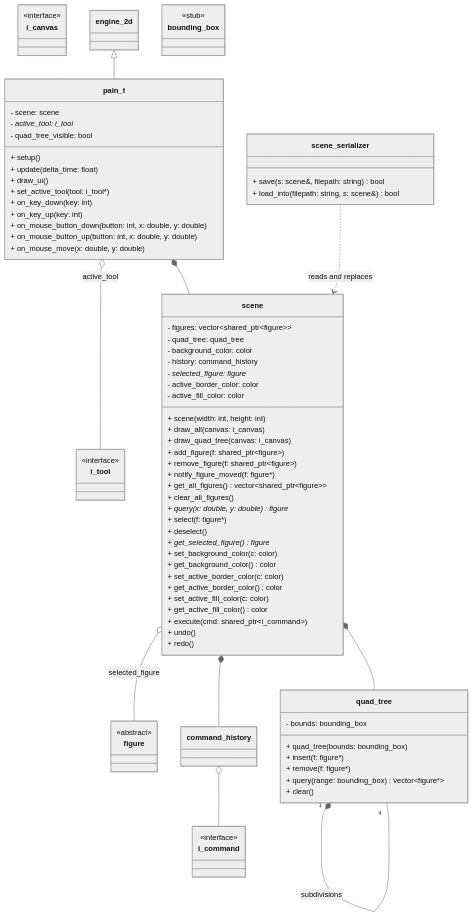
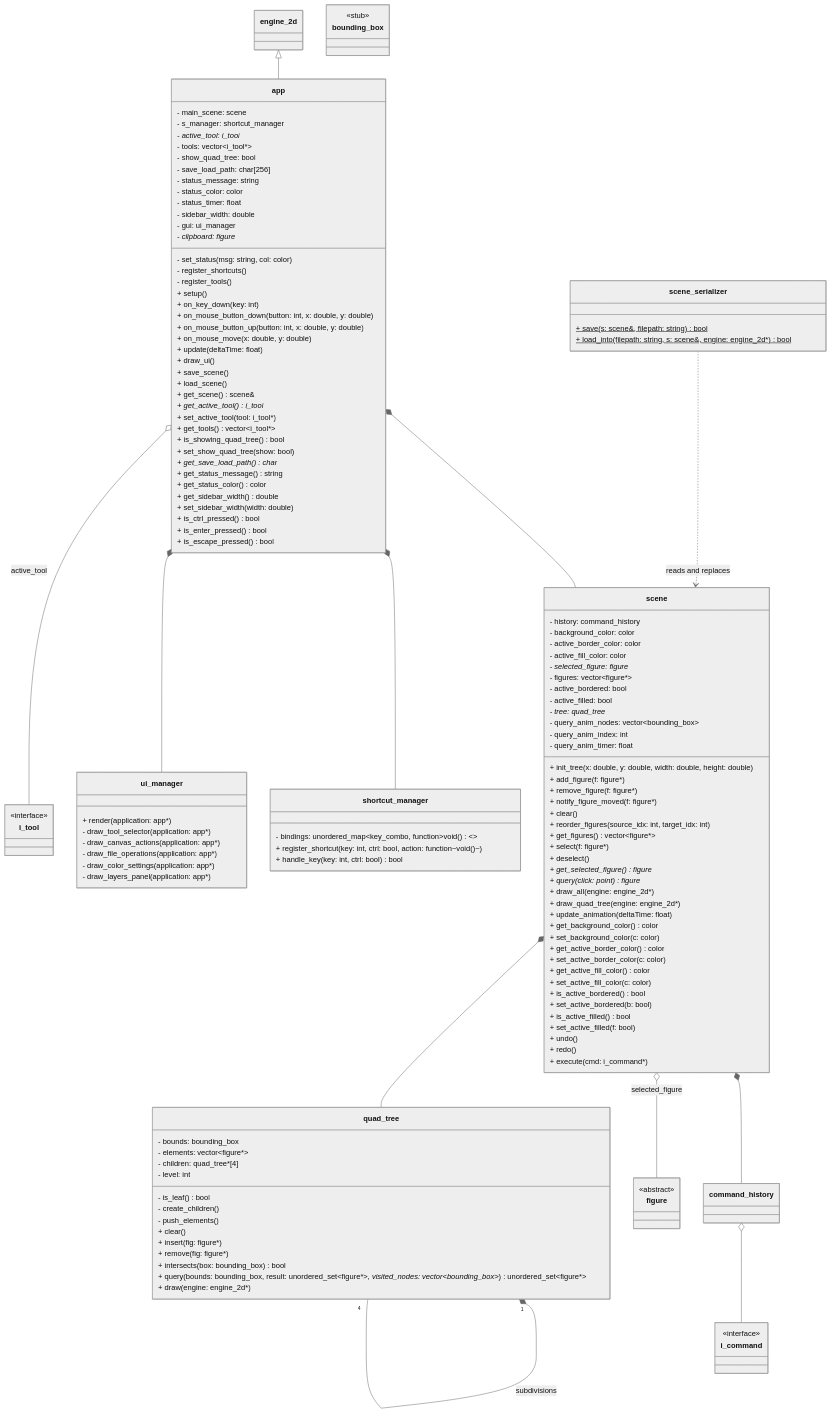
Before and after one commit to MiguelCiav/pain_t: the diagram in diagrams/scene.md, drawn with Mermaid (neutral theme). The commit also changed other lines of this file and 16 other files, not shown here.

Commit message:
chore: consolidate project architecture and release v1.0.0

```diff
--- a/diagrams/scene.md
+++ b/diagrams/scene.md
@@ -10,76 +10,136 @@
     class i_command { <<interface>> }
     class command_history
     class i_tool { <<interface>> }
-    class i_canvas { <<interface>> }
     class engine_2d
     class bounding_box { <<stub>> }
 
     class quad_tree {
         - bounds: bounding_box
-        + quad_tree(bounds: bounding_box)
-        + insert(f: figure*)
-        + remove(f: figure*)
-        + query(range: bounding_box) vector~figure*~
+        - elements: vector~figure*~
+        - children: quad_tree*[4]
+        - level: int
+        - is_leaf() bool
+        - create_children()
+        - push_elements()
         + clear()
+        + insert(fig: figure*)
+        + remove(fig: figure*)
+        + intersects(box: bounding_box) bool
+        + query(bounds: bounding_box, result: unordered_set~figure*~*, visited_nodes: vector~bounding_box~*) unordered_set~figure*~
+        + draw(engine: engine_2d*)
     }
 
     class scene {
-        - figures: vector~shared_ptr~figure~~
-        - quad_tree: quad_tree
+        - history: command_history
         - background_color: color
-        - history: command_history
-        - selected_figure: figure*
         - active_border_color: color
         - active_fill_color: color
-        + scene(width: int, height: int)
-        + draw_all(canvas: i_canvas)
-        + draw_quad_tree(canvas: i_canvas)
-        + add_figure(f: shared_ptr~figure~)
-        + remove_figure(f: shared_ptr~figure~)
+        - selected_figure: figure*
+        - figures: vector~figure*~
+        - active_bordered: bool
+        - active_filled: bool
+        - tree: quad_tree*
+        - query_anim_nodes: vector~bounding_box~
+        - query_anim_index: int
+        - query_anim_timer: float
+        + init_tree(x: double, y: double, width: double, height: double)
+        + add_figure(f: figure*)
+        + remove_figure(f: figure*)
         + notify_figure_moved(f: figure*)
-        + get_all_figures() vector~shared_ptr~figure~~
-        + clear_all_figures()
-        + query(x: double, y: double) figure*
+        + clear()
+        + reorder_figures(source_idx: int, target_idx: int)
+        + get_figures() vector~figure*~
         + select(f: figure*)
         + deselect()
         + get_selected_figure() figure*
+        + query(click: point) figure*
+        + draw_all(engine: engine_2d*)
+        + draw_quad_tree(engine: engine_2d*)
+        + update_animation(deltaTime: float)
+        + get_background_color() color
         + set_background_color(c: color)
-        + get_background_color() color
+        + get_active_border_color() color
         + set_active_border_color(c: color)
-        + get_active_border_color() color
+        + get_active_fill_color() color
         + set_active_fill_color(c: color)
-        + get_active_fill_color() color
-        + execute(cmd: shared_ptr~i_command~)
+        + is_active_bordered() bool
+        + set_active_bordered(b: bool)
+        + is_active_filled() bool
+        + set_active_filled(f: bool)
         + undo()
         + redo()
+        + execute(cmd: i_command*)
     }
 
-    class pain_t {
-        - scene: scene
+    class ui_manager {
+        + render(application: app*)
+        - draw_tool_selector(application: app*)
+        - draw_canvas_actions(application: app*)
+        - draw_file_operations(application: app*)
+        - draw_color_settings(application: app*)
+        - draw_layers_panel(application: app*)
+    }
+
+    class shortcut_manager {
+        - bindings: unordered_map~key_combo, function~void()~~
+        + register_shortcut(key: int, ctrl: bool, action: function~void()~)
+        + handle_key(key: int, ctrl: bool) bool
+    }
+
+    class app {
+        - main_scene: scene
+        - s_manager: shortcut_manager
         - active_tool: i_tool*
-        - quad_tree_visible: bool
+        - tools: vector~i_tool*~
+        - show_quad_tree: bool
+        - save_load_path: char[256]
+        - status_message: string
+        - status_color: color
+        - status_timer: float
+        - sidebar_width: double
+        - gui: ui_manager
+        - clipboard: figure*
+        - set_status(msg: string, col: color)
+        - register_shortcuts()
+        - register_tools()
         + setup()
-        + update(delta_time: float)
-        + draw_ui()
-        + set_active_tool(tool: i_tool*)
         + on_key_down(key: int)
-        + on_key_up(key: int)
         + on_mouse_button_down(button: int, x: double, y: double)
         + on_mouse_button_up(button: int, x: double, y: double)
         + on_mouse_move(x: double, y: double)
+        + update(deltaTime: float)
+        + draw_ui()
+        + save_scene()
+        + load_scene()
+        + get_scene() scene&
+        + get_active_tool() i_tool*
+        + set_active_tool(tool: i_tool*)
+        + get_tools() vector~i_tool*~
+        + is_showing_quad_tree() bool
+        + set_show_quad_tree(show: bool)
+        + get_save_load_path() char*
+        + get_status_message() string
+        + get_status_color() color
+        + get_sidebar_width() double
+        + set_sidebar_width(width: double)
+        + is_ctrl_pressed() bool
+        + is_enter_pressed() bool
+        + is_escape_pressed() bool
     }
 
     %% ----------------
     %% SERIALIZATION
     %% ----------------
     class scene_serializer {
-        + save(s: scene&, filepath: string) bool
-        + load_into(filepath: string, s: scene&) bool
+        + save(s: scene&, filepath: string) bool$
+        + load_into(filepath: string, s: scene&, engine: engine_2d*) bool$
     }
 
-    engine_2d       <|-- pain_t
-    pain_t          *-- scene
-    pain_t          o-- i_tool         : active_tool
+    engine_2d       <|-- app
+    app             *-- scene
+    app             *-- shortcut_manager
+    app             *-- ui_manager
+    app             o-- i_tool         : active_tool
     scene           *-- command_history
     scene           o-- figure         : selected_figure
     scene           *-- quad_tree
```
